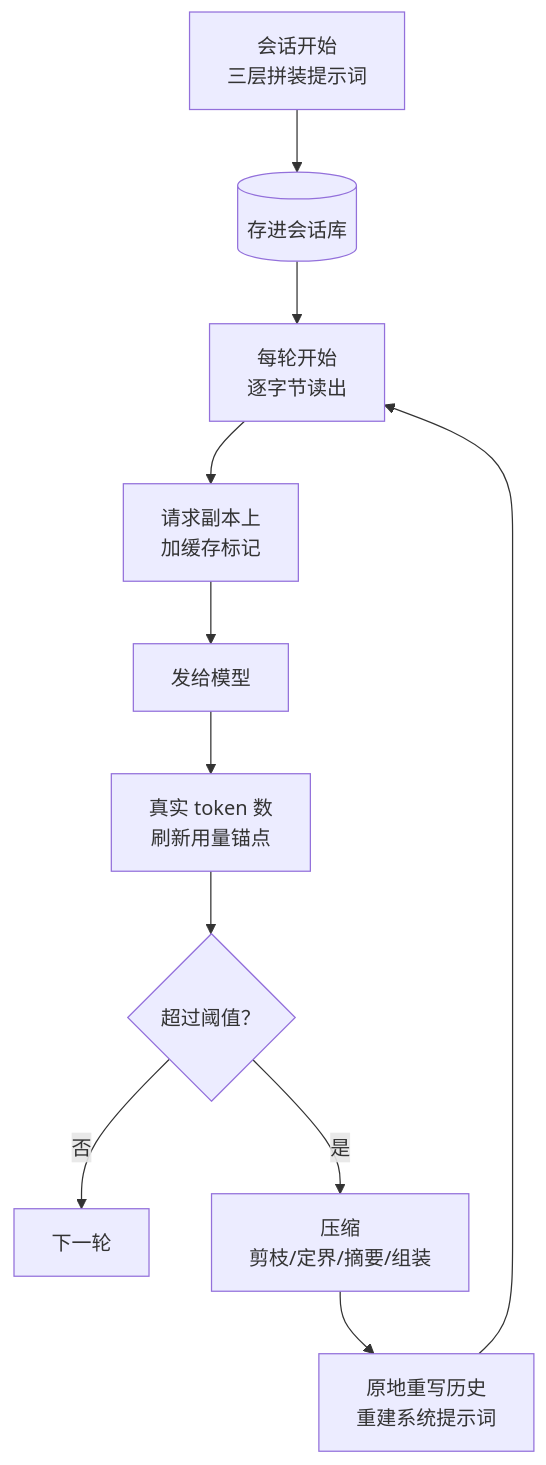
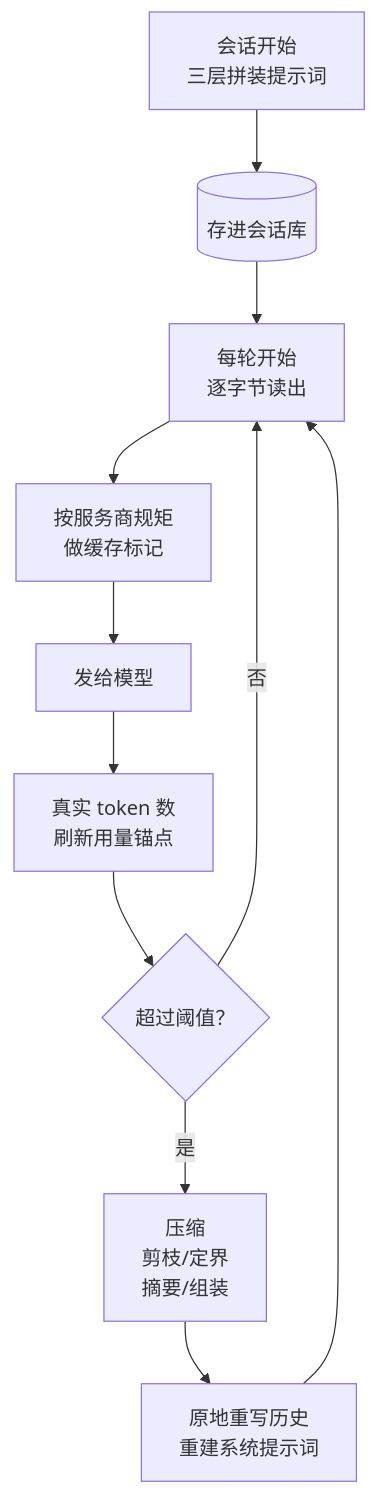
One commit to Mr-ZeLong/hermes-agent-analysis changed the diagram in docs/context-engineering.md. Above: the diagram before and after it, drawn with Mermaid. The commit also changed other lines of this file and 1 other file, not shown here.

````diff
--- a/docs/context-engineering.md
+++ b/docs/context-engineering.md
@@ -25,13 +25,13 @@
 ```mermaid
 flowchart TD
     A[会话开始<br>三层拼装提示词] --> B[(存进会话库)]
     B --> C[每轮开始<br>逐字节读出]
-    C --> D[请求副本上<br>加缓存标记]
+    C --> D[按服务商规矩<br>做缓存标记]
     D --> E[发给模型]
     E --> F[真实 token 数<br>刷新用量锚点]
     F --> G{超过阈值？}
-    G -- 否 --> H[下一轮]
-    G -- 是 --> I[压缩<br>剪枝/定界/摘要/组装]
+    G -- 否 --> C
+    G -- 是 --> I[压缩<br>剪枝/定界<br>摘要/组装]
     I --> J[原地重写历史<br>重建系统提示词]
     J --> C
 ```
````
